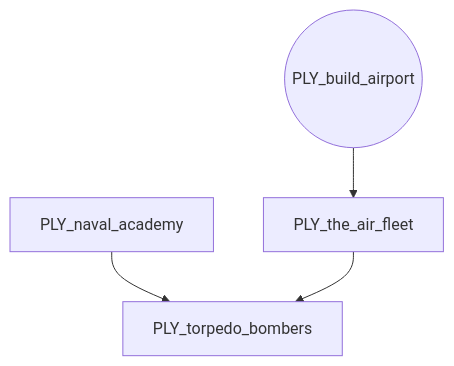
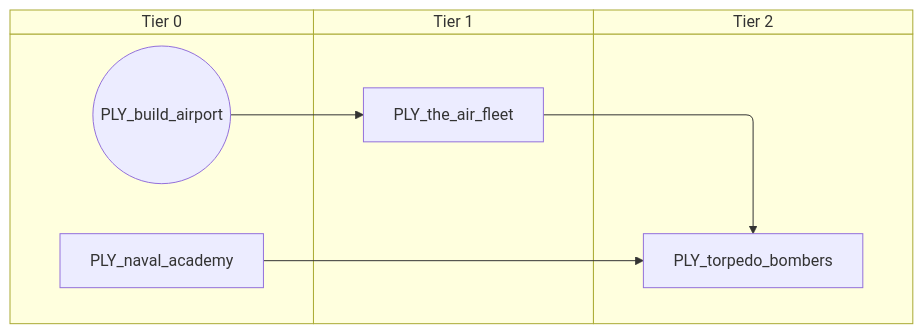
Before and after one commit to evgeny-sobol/hoi4-sandbox-mode-r56: the third of 6 diagrams in docs/gdd/National Focuses/r56/r56_polynesian.md, drawn with Mermaid. The commit also changed other lines of this file and 423 other files, not shown here.

First line of the commit message:
Re-export Rt56 focus trees as swimlane diagrams

````diff
--- a/docs/gdd/National Focuses/r56/r56_polynesian.md
+++ b/docs/gdd/National Focuses/r56/r56_polynesian.md
@@ -97,10 +127,16 @@
 ```mermaid
-flowchart TD
-    n38(("PLY_build_airport"))
-    n39["PLY_naval_academy"]
-    n40["PLY_the_air_fleet"]
-    n41["PLY_torpedo_bombers"]
+swimlane-beta TD
+    subgraph tier_0["Tier 0"]
+        n38(("PLY_build_airport"))
+        n39["PLY_naval_academy"]
+    end
+    subgraph tier_1["Tier 1"]
+        n40["PLY_the_air_fleet"]
+    end
+    subgraph tier_2["Tier 2"]
+        n41["PLY_torpedo_bombers"]
+    end
     n38 --> n40
     n39 --> n41
     n40 --> n41
 ```
````
